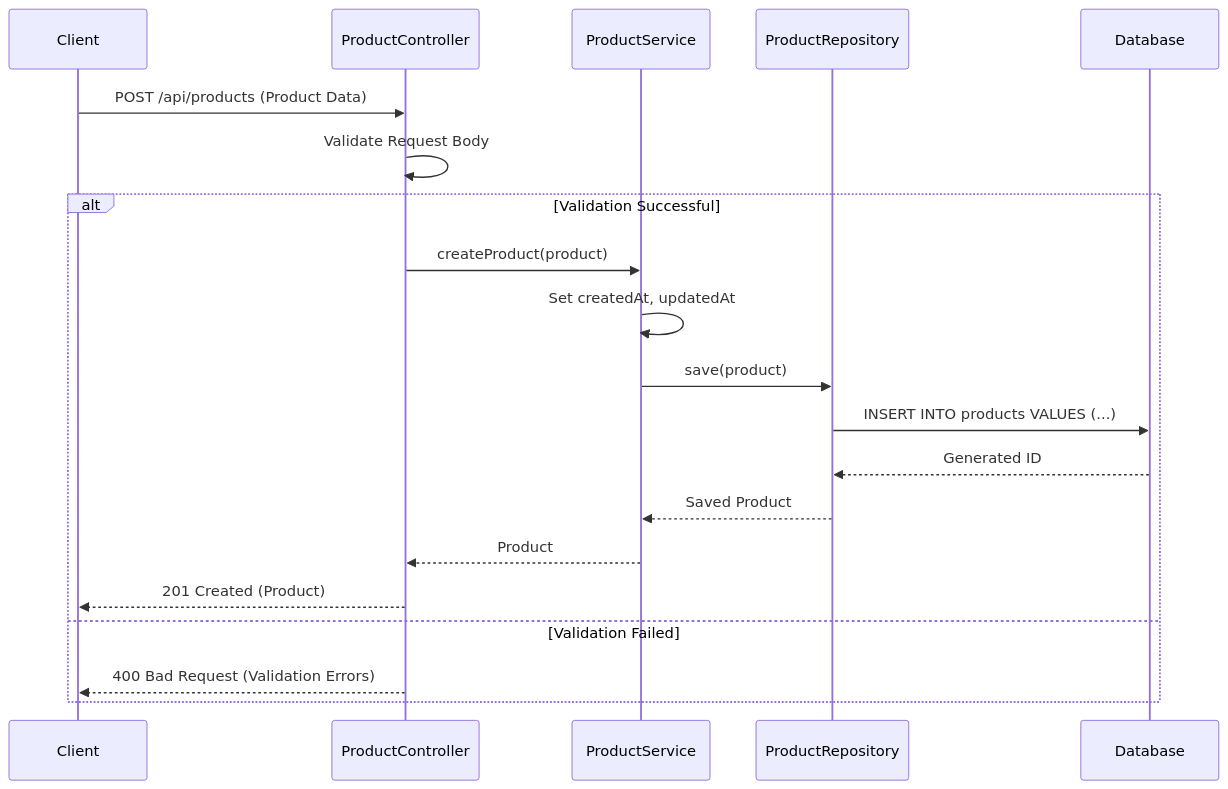
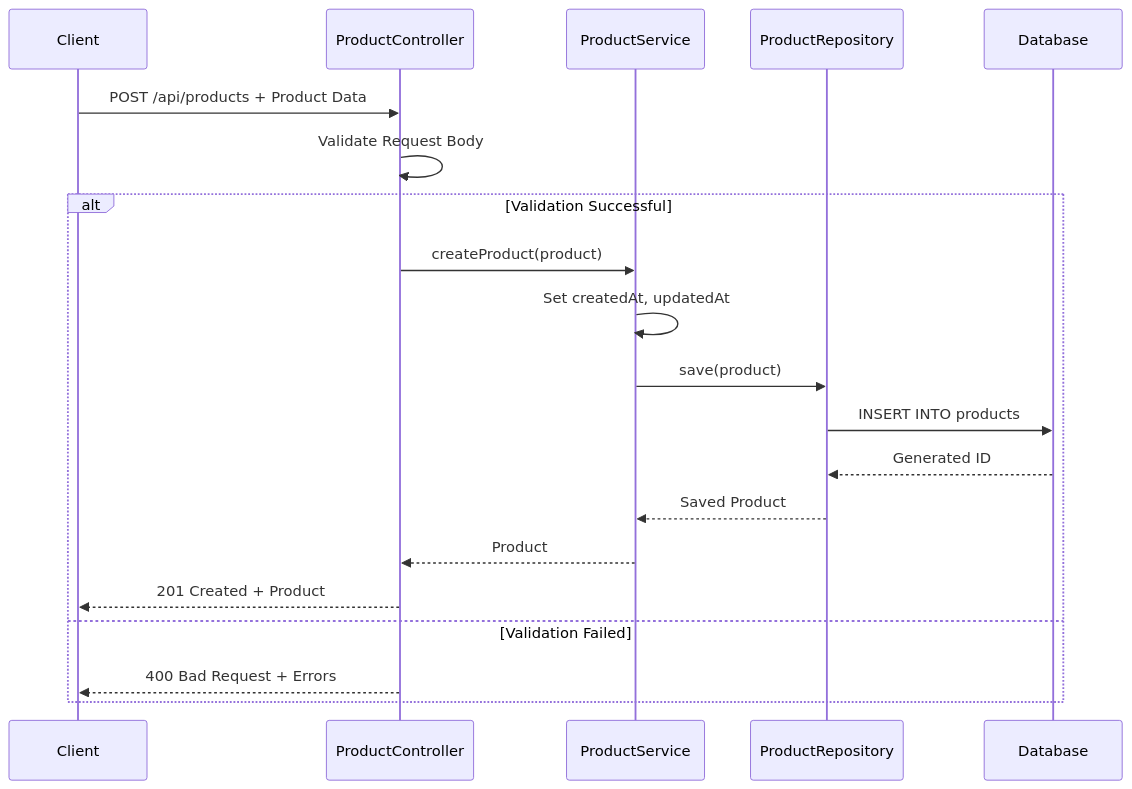
The fifth of 13 diagrams in docs/LLD/lld.md (NavneetBN47/aava-ecom-demo), drawn with Mermaid before and after one commit. The commit also changed other lines of this file, not shown here.

````diff
--- a/docs/LLD/lld.md
+++ b/docs/LLD/lld.md
@@ -259,24 +269,24 @@
 ```mermaid
 sequenceDiagram
     participant Client
     participant ProductController
     participant ProductService
     participant ProductRepository
     participant Database
 
-    Client->>ProductController: POST /api/products (Product Data)
+    Client->>ProductController: POST /api/products + Product Data
     ProductController->>ProductController: Validate Request Body
     
     alt Validation Successful
         ProductController->>ProductService: createProduct(product)
         ProductService->>ProductService: Set createdAt, updatedAt
         ProductService->>ProductRepository: save(product)
-        ProductRepository->>Database: INSERT INTO products VALUES (...)
+        ProductRepository->>Database: INSERT INTO products
         Database-->>ProductRepository: Generated ID
         ProductRepository-->>ProductService: Saved Product
         ProductService-->>ProductController: Product
-        ProductController-->>Client: 201 Created (Product)
+        ProductController-->>Client: 201 Created + Product
     else Validation Failed
-        ProductController-->>Client: 400 Bad Request (Validation Errors)
+        ProductController-->>Client: 400 Bad Request + Errors
     end
 ```
````
